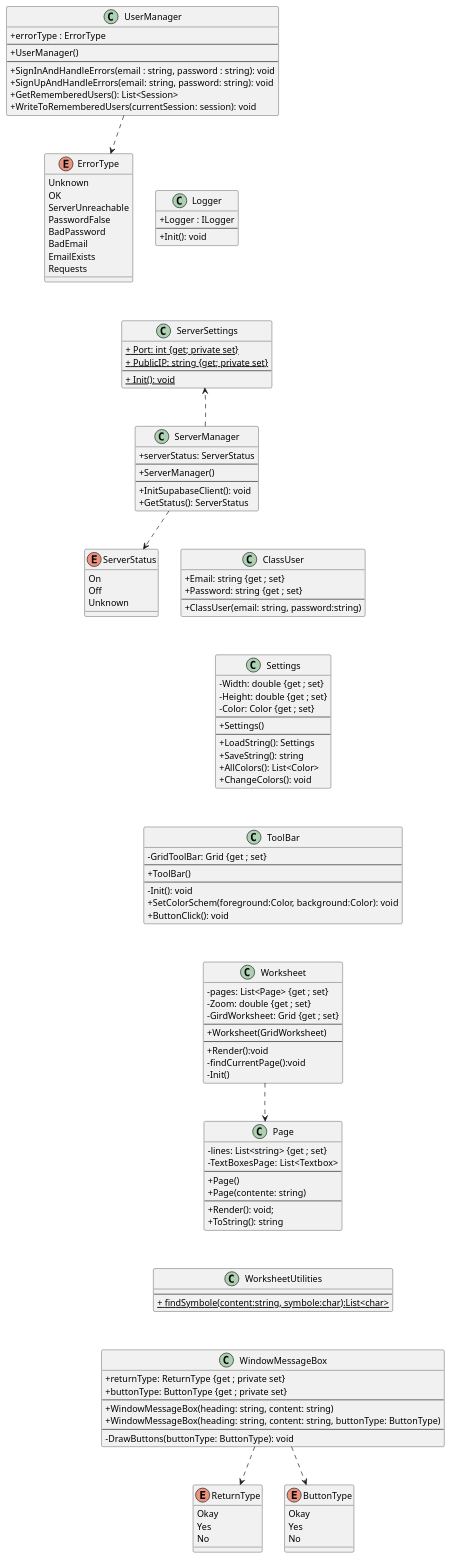
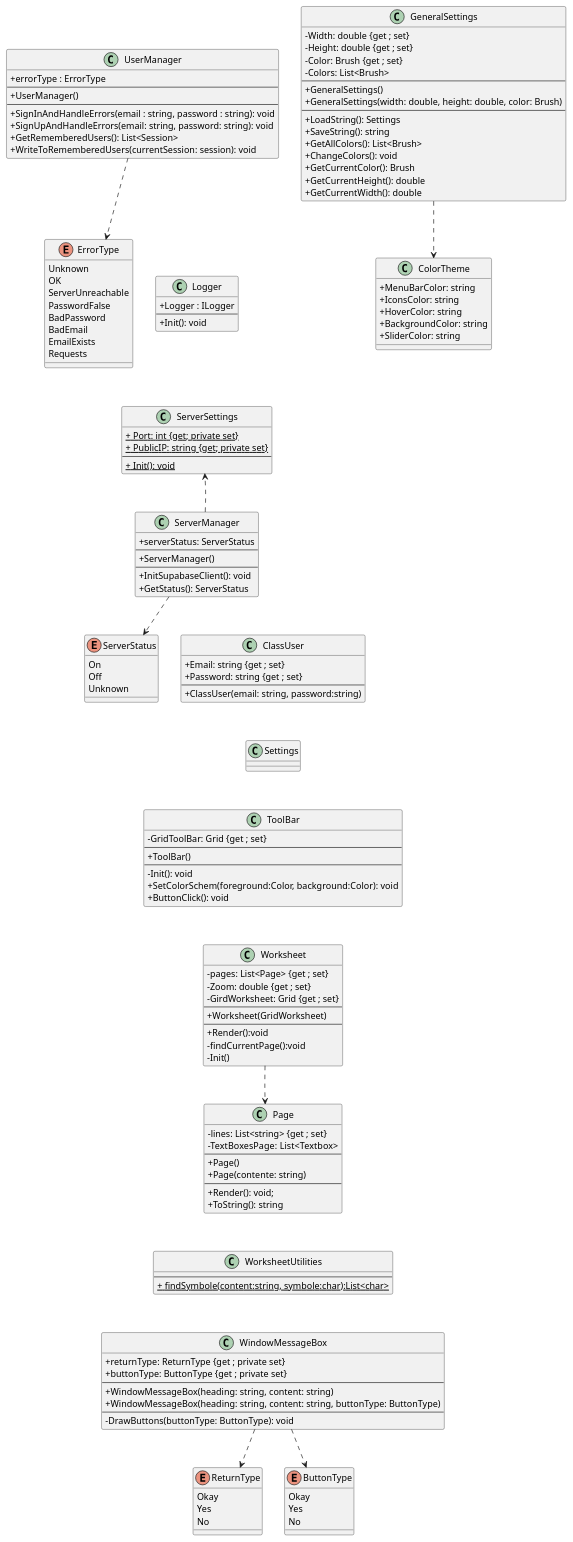
Before and after one commit to potexxi/MarkIt: the diagram in doc/idea.md, drawn with PlantUML. The commit also changed 1 other file, not shown here.

Commit message:
change doc and start general settings

```diff
--- a/doc/idea.md
+++ b/doc/idea.md
@@ -125,18 +125,33 @@
     + ClassUser(email: string, password:string)
 }
 
-class Settings{
+class GeneralSettings{
     - Width: double {get ; set}
     - Height: double {get ; set}
-    - Color: Color {get ; set}
+    - Color: Brush {get ; set}
+    - Colors: List<Brush>
     --
-    + Settings()
+    + GeneralSettings()
+    + GeneralSettings(width: double, height: double, color: Brush)
     --
     + LoadString(): Settings
     + SaveString(): string
-    + AllColors(): List<Color>
+    + GetAllColors(): List<Brush>
     + ChangeColors(): void
+    + GetCurrentColor(): Brush
+    + GetCurrentHeight(): double
+    + GetCurrentWidth(): double
 }
+
+class ColorTheme{
+    + MenuBarColor: string
+    + IconsColor: string
+    + HoverColor: string
+    + BackgroundColor: string
+    + SliderColor: string
+}
+
+GeneralSettings ..> ColorTheme
 
 class ToolBar{
     - GridToolBar: Grid {get ; set}
```
